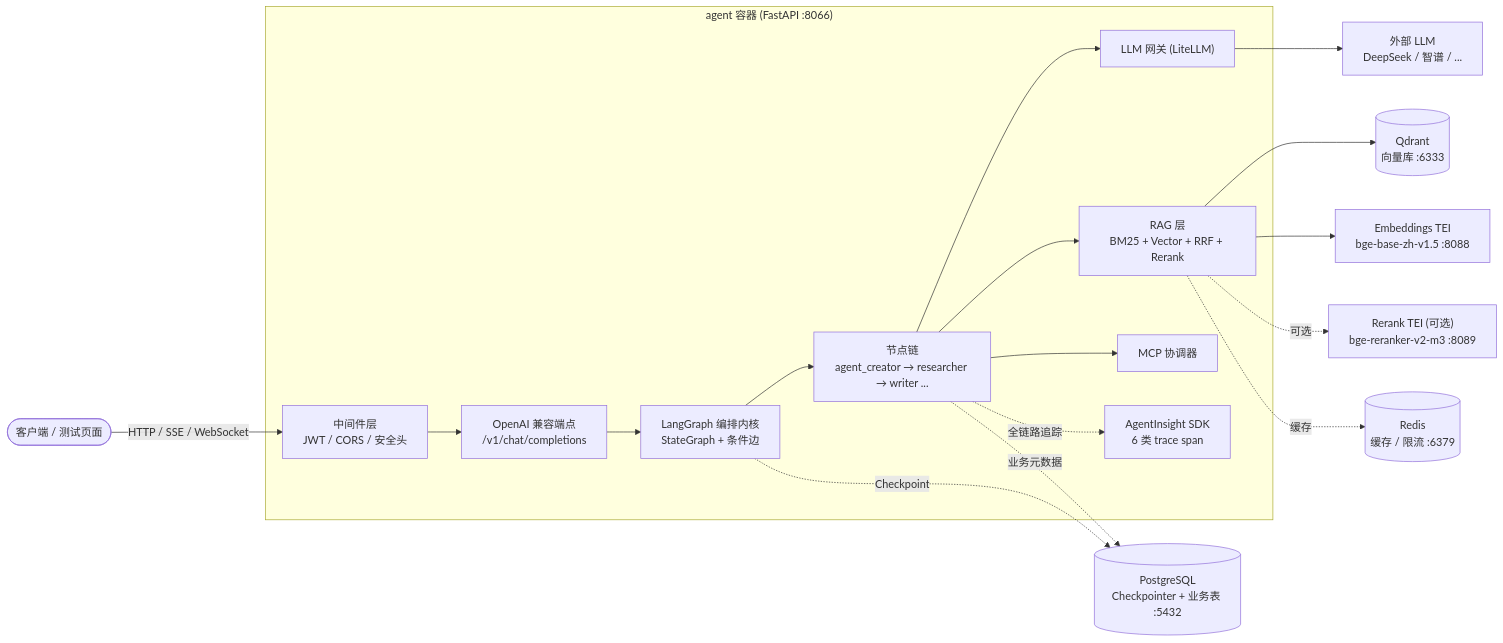
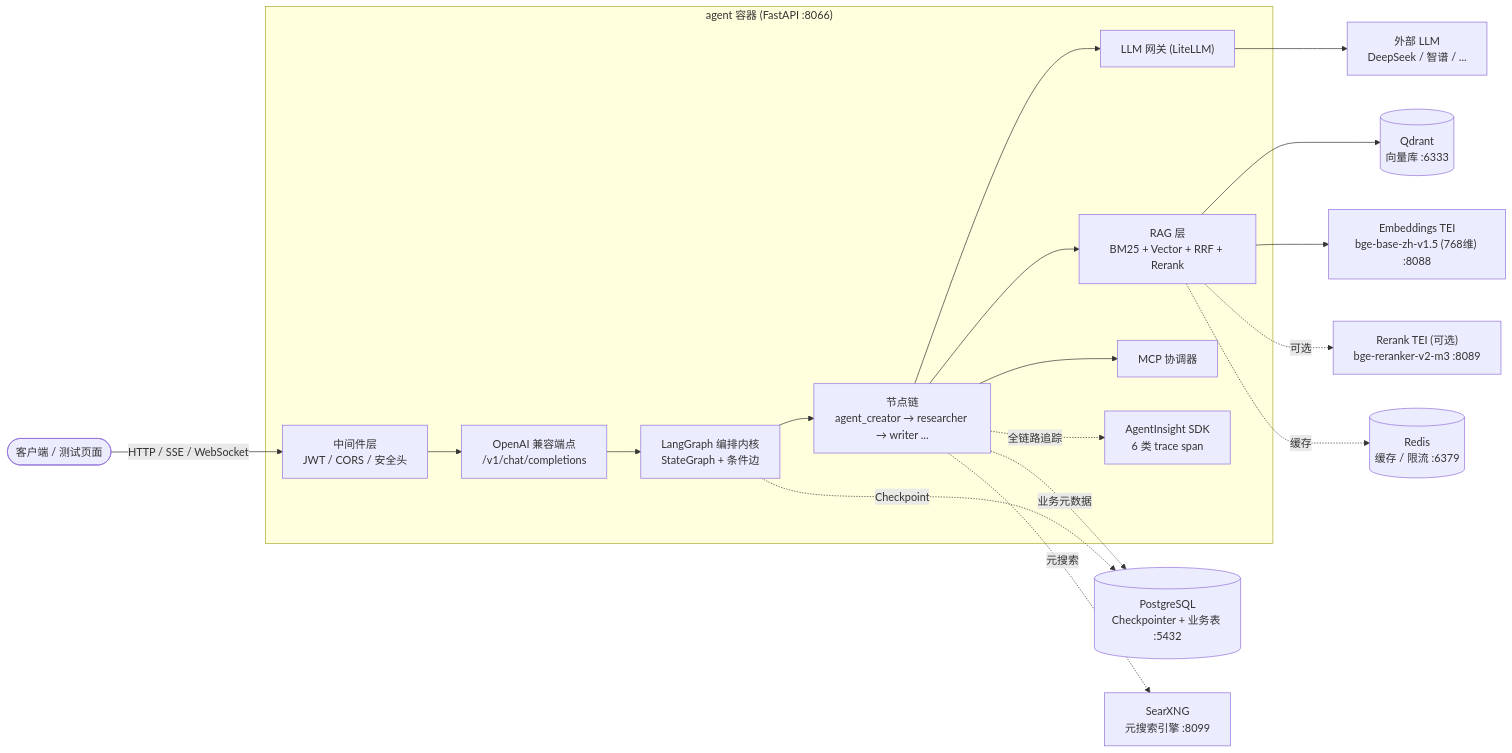
One commit to AgentInsight/agentinsight-researcher changed the first of 8 diagrams in docs/architecture.md. Above: the diagram before and after it, drawn with Mermaid. The commit also changed other lines of this file and 46 other files, not shown here.

````diff
--- a/docs/architecture.md
+++ b/docs/architecture.md
@@ -15,34 +15,36 @@
 ```mermaid
 flowchart LR
     Client([客户端 / 测试页面])
 
     subgraph Agent["agent 容器 (FastAPI :8066)"]
         MW["中间件层<br/>JWT / CORS / 安全头"]
         API["OpenAI 兼容端点<br/>/v1/chat/completions"]
         LG["LangGraph 编排内核<br/>StateGraph + 条件边"]
         Nodes["节点链<br/>agent_creator → researcher → writer ..."]
         LLMG["LLM 网关 (LiteLLM)"]
         RAGL["RAG 层<br/>BM25 + Vector + RRF + Rerank"]
         MCPC["MCP 协调器"]
         TRACE["AgentInsight SDK<br/>6 类 trace span"]
     end
 
     Qdrant[("Qdrant<br/>向量库 :6333")]
     PG[("PostgreSQL<br/>Checkpointer + 业务表 :5432")]
     Redis[("Redis<br/>缓存 / 限流 :6379")]
-    EMB["Embeddings TEI<br/>bge-base-zh-v1.5 :8088"]
+    EMB["Embeddings TEI<br/>bge-base-zh-v1.5 (768维) :8088"]
     RER["Rerank TEI (可选)<br/>bge-reranker-v2-m3 :8089"]
+    SX["SearXNG<br/>元搜索引擎 :8099"]
     LLMEXT["外部 LLM<br/>DeepSeek / 智谱 / ..."]
 
     Client -->|HTTP / SSE / WebSocket| MW
     MW --> API --> LG --> Nodes
     Nodes --> LLMG --> LLMEXT
     Nodes --> RAGL --> Qdrant
     RAGL --> EMB
     RAGL -. 可选 .-> RER
     Nodes --> MCPC
+    Nodes -. 元搜索 .-> SX
     LG -. Checkpoint .-> PG
     Nodes -. 业务元数据 .-> PG
     RAGL -. 缓存 .-> Redis
     Nodes -. 全链路追踪 .-> TRACE
 ```
````
